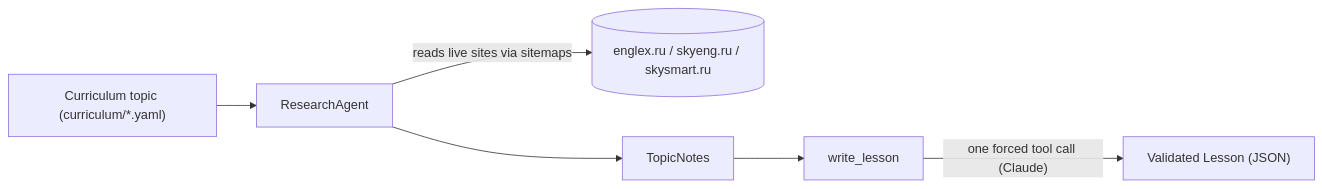
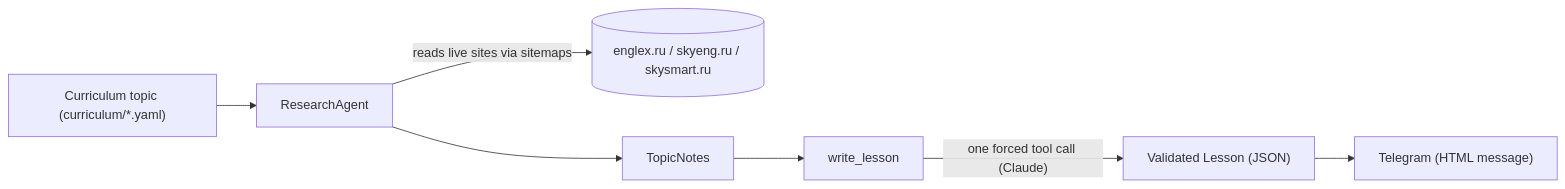
One commit to Alisonka/english_agent changed the diagram in README.md. Above: the diagram before and after it, drawn with Mermaid. The commit also changed other lines of this file and 14 other files, not shown here.

````diff
--- a/README.md
+++ b/README.md
@@ -9,8 +9,9 @@
 ```mermaid
 flowchart LR
     topic["Curriculum topic (curriculum/*.yaml)"] --> research[ResearchAgent]
     research -->|"reads live sites via sitemaps"| sources[("englex.ru / skyeng.ru / skysmart.ru")]
     research --> notes[TopicNotes]
     notes --> writer[write_lesson]
     writer -->|"one forced tool call (Claude)"| lesson["Validated Lesson (JSON)"]
+    lesson --> telegram["Telegram (HTML message)"]
 ```
````
